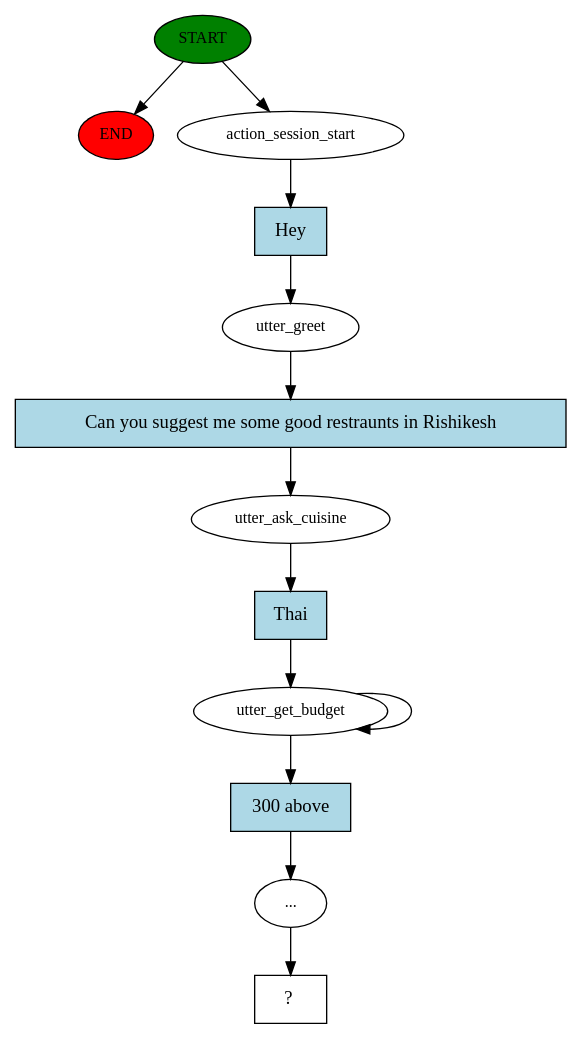
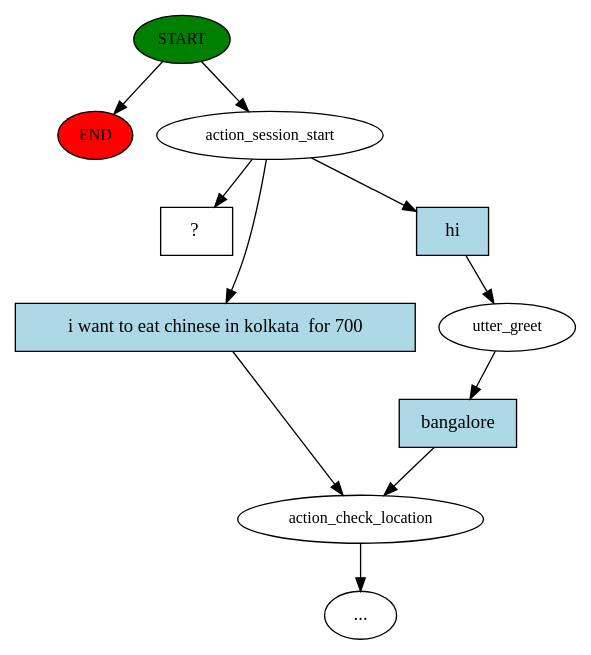
One commit to amitbcp/machine_learning_problems changed the diagram in chat_bot/story_graph.dot. Above: the diagram before and after it, drawn with Graphviz. The commit also changed 10 other files, not shown here.

```diff
--- a/chat_bot/story_graph.dot
+++ b/chat_bot/story_graph.dot
@@ -1,26 +1,22 @@
 digraph  {
 0 [class="start active", fillcolor=green, fontsize=12, label=START, style=filled];
 "-1" [class=end, fillcolor=red, fontsize=12, label=END, style=filled];
 1 [class=active, fontsize=12, label=action_session_start];
-2 [class=active, fontsize=12, label=utter_greet];
-3 [class=active, fontsize=12, label=utter_ask_cuisine];
-4 [class=active, fontsize=12, label=utter_get_budget];
-6 [class=active, fontsize=12, label="..."];
+2 [class="", fontsize=12, label=action_check_location];
+4 [class="", fontsize=12, label=utter_greet];
+"-4" [class=ellipsis, label="..."];
 7 [class="intent dashed active", label="  ?  ", shape=rect];
-8 [class="intent active", fillcolor=lightblue, label=Hey, shape=rect, style=filled];
-9 [class="intent active", fillcolor=lightblue, label="Can you suggest me some good restraunts in Rishikesh", shape=rect, style=filled];
-10 [class="intent active", fillcolor=lightblue, label=Thai, shape=rect, style=filled];
-11 [class="intent active", fillcolor=lightblue, label="300 above", shape=rect, style=filled];
+8 [class=intent, fillcolor=lightblue, label="i want to eat chinese in kolkata  for 700", shape=rect, style=filled];
+9 [class=intent, fillcolor=lightblue, label=hi, shape=rect, style=filled];
+10 [class=intent, fillcolor=lightblue, label=bangalore, shape=rect, style=filled];
 0 -> "-1"  [class="", key=NONE, label=""];
 0 -> 1  [class=active, key=NONE, label=""];
-1 -> 8  [class=active, key=0];
-2 -> 9  [class=active, key=0];
-3 -> 10  [class=active, key=0];
-4 -> 4  [class=active, key=NONE, label=""];
-4 -> 11  [class=active, key=0];
-6 -> 7  [class=active, key=NONE, label=""];
-8 -> 2  [class=active, key=0];
-9 -> 3  [class=active, key=0];
-10 -> 4  [class=active, key=0];
-11 -> 6  [class=active, key=0];
+1 -> 7  [class=active, key=NONE, label=""];
+1 -> 8  [class="", key=0];
+1 -> 9  [class="", key=0];
+2 -> "-4"  [class="", key=NONE, label=""];
+4 -> 10  [class="", key=0];
+8 -> 2  [class="", key=0];
+9 -> 4  [class="", key=0];
+10 -> 2  [class="", key=0];
 }
```
